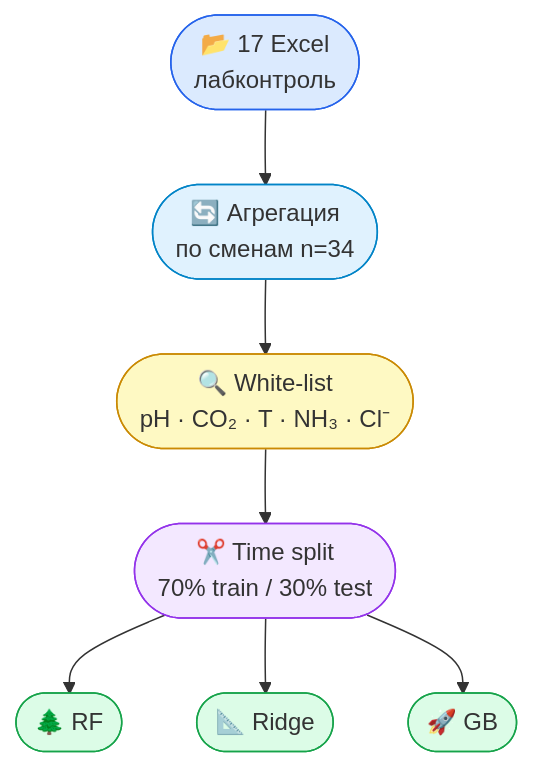
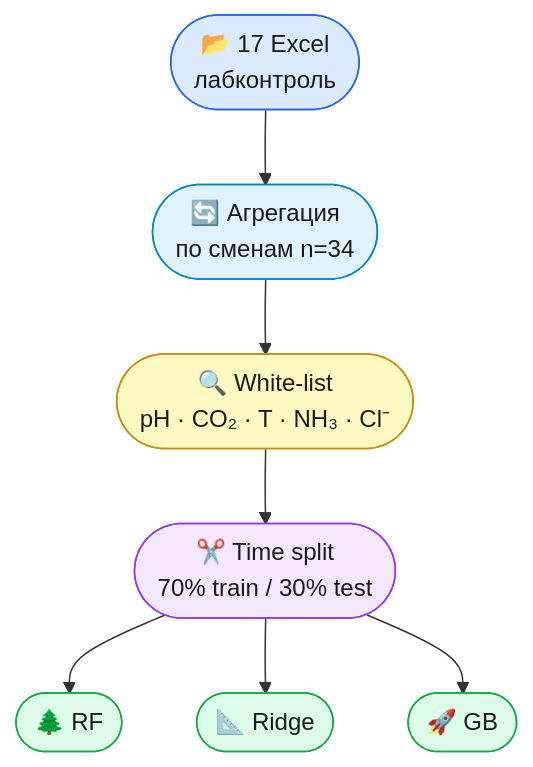
The second of 7 diagrams in README.md (Misha-42/soda-ml-carbonation-control), drawn with Mermaid before and after one commit. The commit also changed other lines of this file, not shown here.

````diff
--- a/README.md
+++ b/README.md
@@ -74,17 +74,17 @@
 ```mermaid
 flowchart TD
     A([📂 17 Excel\nлабконтроль]) --> B([🔄 Агрегация\nпо сменам n=34])
     B --> C([🔍 White-list\npH · CO₂ · T · NH₃ · Cl⁻])
     C --> D([✂️ Time split\n70% train / 30% test])
     D --> E([🌲 RF])
     D --> F([📐 Ridge])
     D --> G([🚀 GB])
 
-    style A fill:#dbeafe,stroke:#2563eb
-    style B fill:#e0f2fe,stroke:#0284c7
-    style C fill:#fef9c3,stroke:#ca8a04
-    style D fill:#f3e8ff,stroke:#9333ea
-    style E fill:#dcfce7,stroke:#16a34a
-    style F fill:#dcfce7,stroke:#16a34a
-    style G fill:#dcfce7,stroke:#16a34a
+    style A fill:#dbeafe,stroke:#2563eb,color:#1a1a1a
+    style B fill:#e0f2fe,stroke:#0284c7,color:#1a1a1a
+    style C fill:#fef9c3,stroke:#ca8a04,color:#1a1a1a
+    style D fill:#f3e8ff,stroke:#9333ea,color:#1a1a1a
+    style E fill:#dcfce7,stroke:#16a34a,color:#1a1a1a
+    style F fill:#dcfce7,stroke:#16a34a,color:#1a1a1a
+    style G fill:#dcfce7,stroke:#16a34a,color:#1a1a1a
 ```
````
